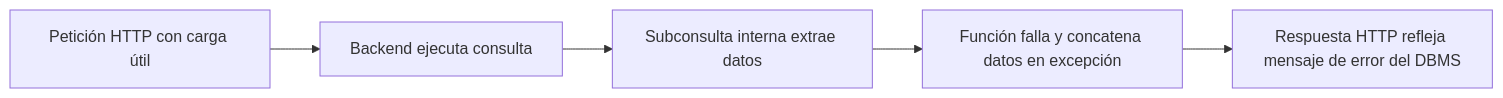
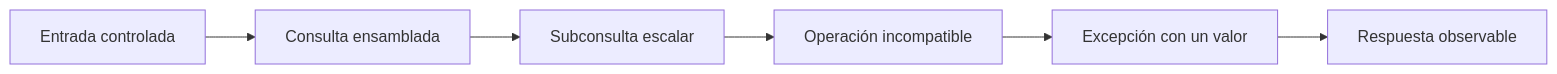
One commit to purpesec/Cybersecurity-For-Beginners changed the first of 3 diagrams in pentesting-web/02-sql-injection/04-error-based-sqli/README.md. Above: the diagram before and after it, drawn with Mermaid. The commit also changed other lines of this file and 8 other files, not shown here.

````diff
--- a/pentesting-web/02-sql-injection/04-error-based-sqli/README.md
+++ b/pentesting-web/02-sql-injection/04-error-based-sqli/README.md
@@ -14,7 +14,8 @@
 ```mermaid
 flowchart LR
-    A["Petición HTTP con carga útil"] --> B["Backend ejecuta consulta"]
-    B --> C["Subconsulta interna extrae datos"]
-    C --> D["Función falla y concatena datos en excepción"]
-    D --> E["Respuesta HTTP refleja mensaje de error del DBMS"]
+    A[Entrada controlada] --> B[Consulta ensamblada]
+    B --> C[Subconsulta escalar]
+    C --> D[Operación incompatible]
+    D --> E[Excepción con un valor]
+    E --> F[Respuesta observable]
 ```
````
